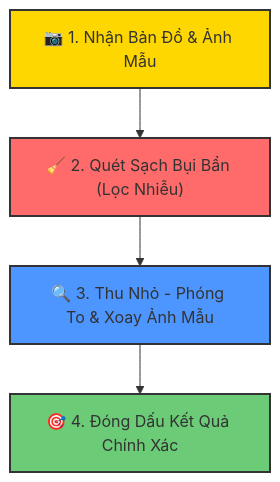
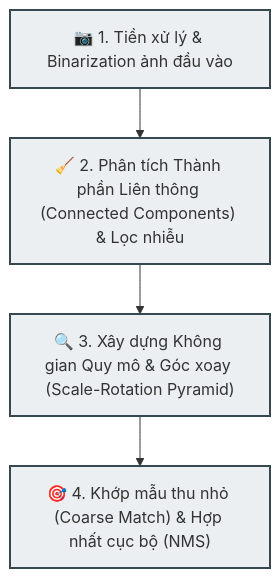
Before and after one commit to Ein05/SotaTek-CV-Intern: the diagram in README.md, drawn with Mermaid. The commit also changed other lines of this file, not shown here.

````diff
--- a/README.md
+++ b/README.md
@@ -33,11 +31,11 @@
 ```mermaid
 graph TD
-    A["📷 1. Nhận Bản Đồ & Ảnh Mẫu"] --> B["🧹 2. Quét Sạch Bụi Bẩn (Lọc Nhiễu)"]
-    B --> C["🔍 3. Thu Nhỏ - Phóng To & Xoay Ảnh Mẫu"]
-    C --> D["🎯 4. Đóng Dấu Kết Quả Chính Xác"]
+    A["📷 1. Tiền xử lý & Binarization ảnh đầu vào"] --> B["🧹 2. Phân tích Thành phần Liên thông (Connected Components) & Lọc nhiễu"]
+    B --> C["🔍 3. Xây dựng Không gian Quy mô & Góc xoay (Scale-Rotation Pyramid)"]
+    C --> D["🎯 4. Khớp mẫu thu nhỏ (Coarse Match) & Hợp nhất cục bộ (NMS)"]
     
-    style A fill:#FFD700,stroke:#333,stroke-width:2px
-    style B fill:#FF6B6B,stroke:#333,stroke-width:2px
-    style C fill:#4D96FF,stroke:#333,stroke-width:2px
-    style D fill:#6BCB77,stroke:#333,stroke-width:2px
+    style A fill:#ECEFF1,stroke:#37474F,stroke-width:2px
+    style B fill:#ECEFF1,stroke:#37474F,stroke-width:2px
+    style C fill:#ECEFF1,stroke:#37474F,stroke-width:2px
+    style D fill:#ECEFF1,stroke:#37474F,stroke-width:2px
 ```
````
